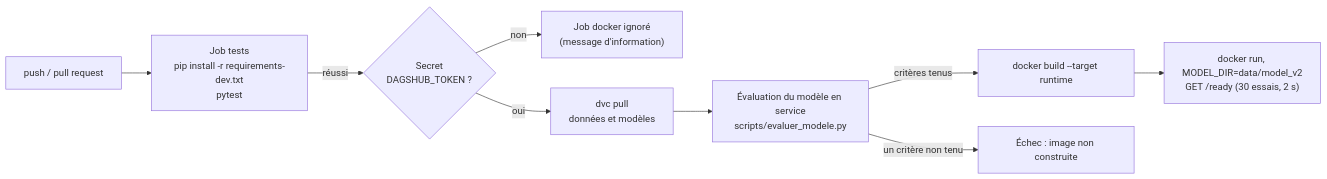
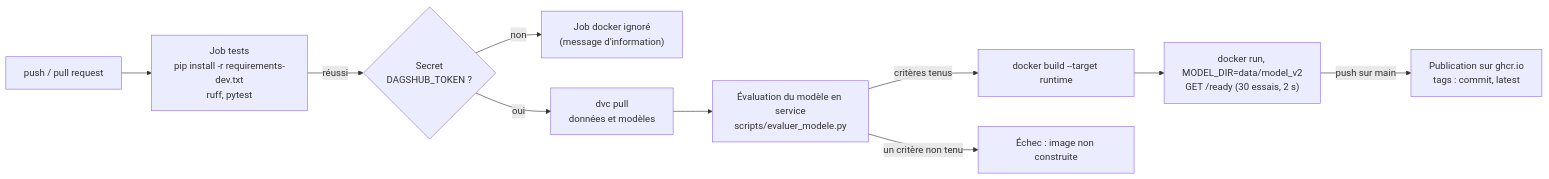
The diagram in docs/qualite/integration_continue.md (guillaumesaidani-coder/churn_saas), drawn with Mermaid before and after one commit. The commit also changed other lines of this file and 30 other files, not shown here.

First line of the commit message:
Lot 3 : calibration, validation des entrées, empreinte certifiée, sécurité, lint, publication GHCR

````diff
--- a/docs/qualite/integration_continue.md
+++ b/docs/qualite/integration_continue.md
@@ -15,11 +15,12 @@
 ```mermaid
 flowchart LR
-    P["push / pull request"] --> T["Job tests<br/>pip install -r requirements-dev.txt<br/>pytest"]
+    P["push / pull request"] --> T["Job tests<br/>pip install -r requirements-dev.txt<br/>ruff, pytest"]
     T -->|"réussi"| D{"Secret<br/>DAGSHUB_TOKEN ?"}
     D -- non --> S["Job docker ignoré<br/>(message d'information)"]
     D -- oui --> PULL["dvc pull<br/>données et modèles"]
     PULL --> E["Évaluation du modèle en service<br/>scripts/evaluer_modele.py"]
     E -->|"critères tenus"| B["docker build --target runtime"]
     E -->|"un critère non tenu"| X["Échec : image non construite"]
     B --> R["docker run, MODEL_DIR=data/model_v2<br/>GET /ready (30 essais, 2 s)"]
+    R -->|"push sur main"| G["Publication sur ghcr.io<br/>tags : commit, latest"]
 ```
````
